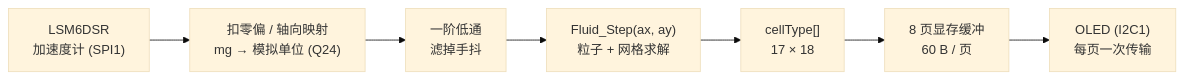
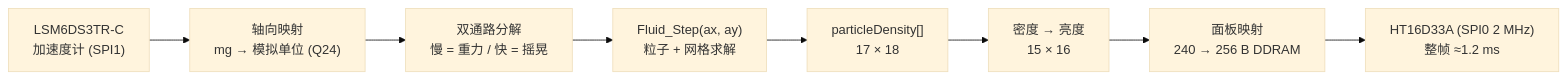
The first of 2 diagrams in README.md (hhttiuui/MSPM0G3507_FLUID), drawn with Mermaid (base theme) before and after one commit. The commit also changed other lines of this file and 5 other files, not shown here.

````diff
--- a/README.md
+++ b/README.md
@@ -42,9 +33,10 @@
 ```mermaid
 graph LR
-    A["LSM6DSR<br/>加速度计 (SPI1)"] --> B["扣零偏 / 轴向映射<br/>mg → 模拟单位 (Q24)"]
-    B --> C["一阶低通<br/>滤掉手抖"]
+    A["LSM6DS3TR-C<br/>加速度计 (SPI1)"] --> B["轴向映射<br/>mg → 模拟单位 (Q24)"]
+    B --> C["双通路分解<br/>慢 = 重力 / 快 = 摇晃"]
     C --> D["Fluid_Step(ax, ay)<br/>粒子 + 网格求解"]
-    D --> E["cellType[]<br/>17 × 18"]
-    E --> F["8 页显存缓冲<br/>60 B / 页"]
-    F --> G["OLED (I2C1)<br/>每页一次传输"]
+    D --> E["particleDensity[]<br/>17 × 18"]
+    E --> F["密度 → 亮度<br/>15 × 16"]
+    F --> G["面板映射<br/>240 → 256 B DDRAM"]
+    G --> H["HT16D33A (SPI0 2 MHz)<br/>整帧 ≈1.2 ms"]
 ```
````
